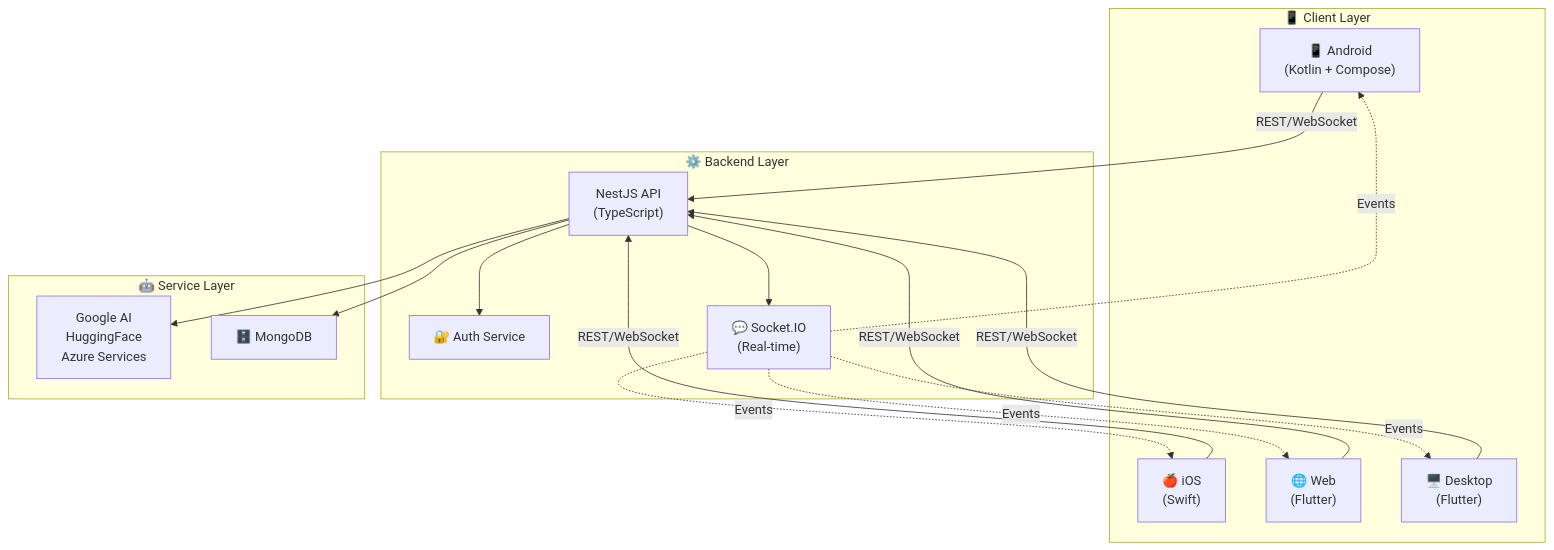
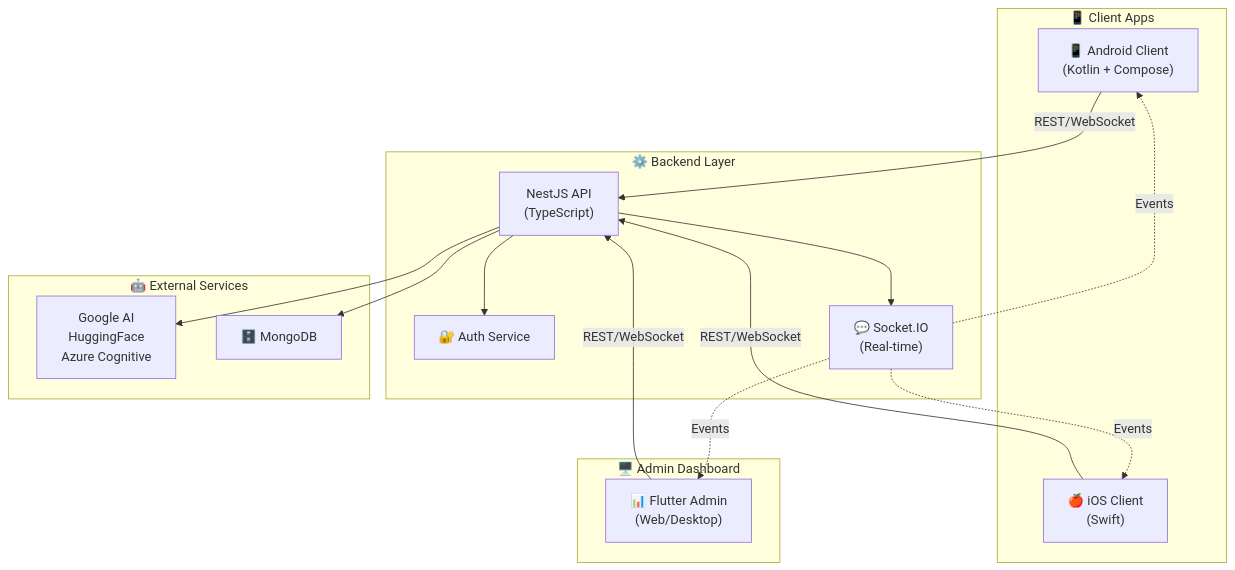
Before and after one commit to aliammari1/readrealm: the diagram in README.md, drawn with Mermaid. The commit also changed other lines of this file and 8 other files, not shown here.

````diff
--- a/README.md
+++ b/README.md
@@ -50,34 +47,35 @@
 ```mermaid
 graph TB
-    subgraph Clients["📱 Client Layer"]
-        Android["📱 Android<br/>(Kotlin + Compose)"]
-        iOS["🍎 iOS<br/>(Swift)"]
-        Web["🌐 Web<br/>(Flutter)"]
-        Dashboard["🖥️ Desktop<br/>(Flutter)"]
+    subgraph Clients["📱 Client Apps"]
+        Android["📱 Android Client<br/>(Kotlin + Compose)"]
+        iOS["🍎 iOS Client<br/>(Swift)"]
+    end
+    
+    subgraph Admin["🖥️ Admin Dashboard"]
+        Dashboard["📊 Flutter Admin<br/>(Web/Desktop)"]
     end
     
     subgraph Backend["⚙️ Backend Layer"]
         API["NestJS API<br/>(TypeScript)"]
         Auth["🔐 Auth Service"]
         Chat["💬 Socket.IO<br/>(Real-time)"]
     end
     
-    subgraph Services["🤖 Service Layer"]
-        AI["Google AI<br/>HuggingFace<br/>Azure Services"]
+    subgraph Services["🤖 External Services"]
+        AI["Google AI<br/>HuggingFace<br/>Azure Cognitive"]
         Database["🗄️ MongoDB"]
     end
     
     Android -->|REST/WebSocket| API
     iOS -->|REST/WebSocket| API
-    Web -->|REST/WebSocket| API
     Dashboard -->|REST/WebSocket| API
     
     API --> Auth
     API --> Chat
     API --> Database
     API --> AI
+    
     Chat -.->|Events| Android
     Chat -.->|Events| iOS
-    Chat -.->|Events| Web
     Chat -.->|Events| Dashboard
 ```
````
